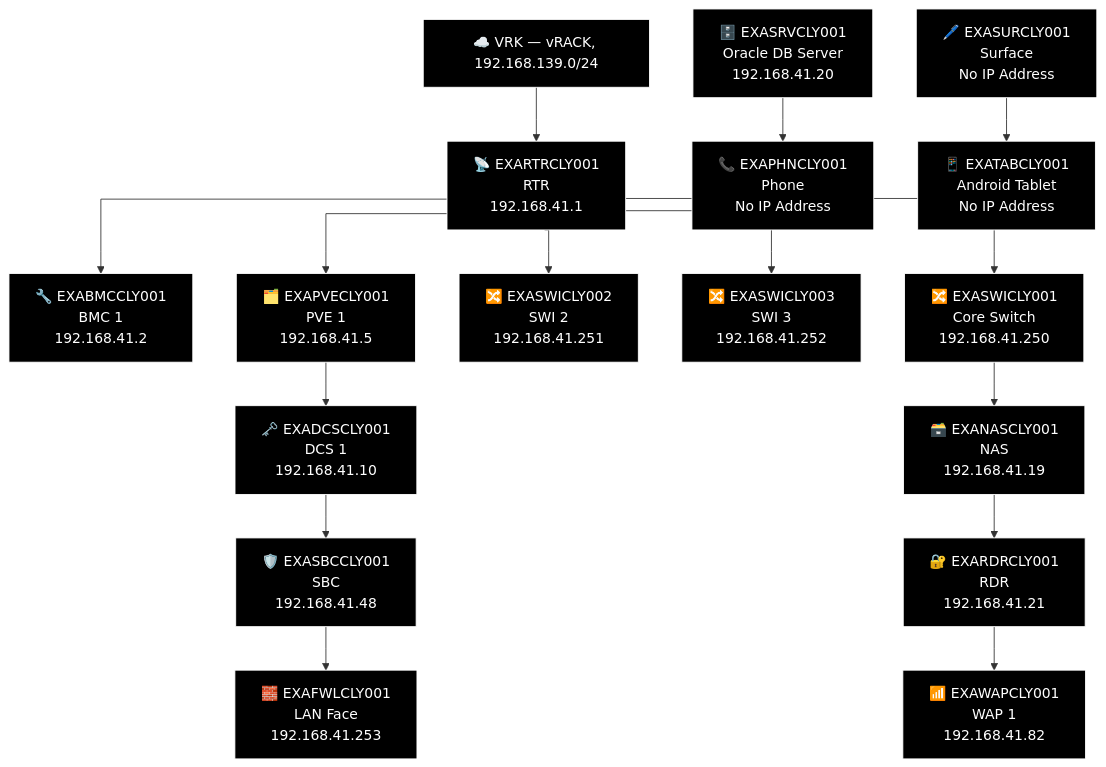
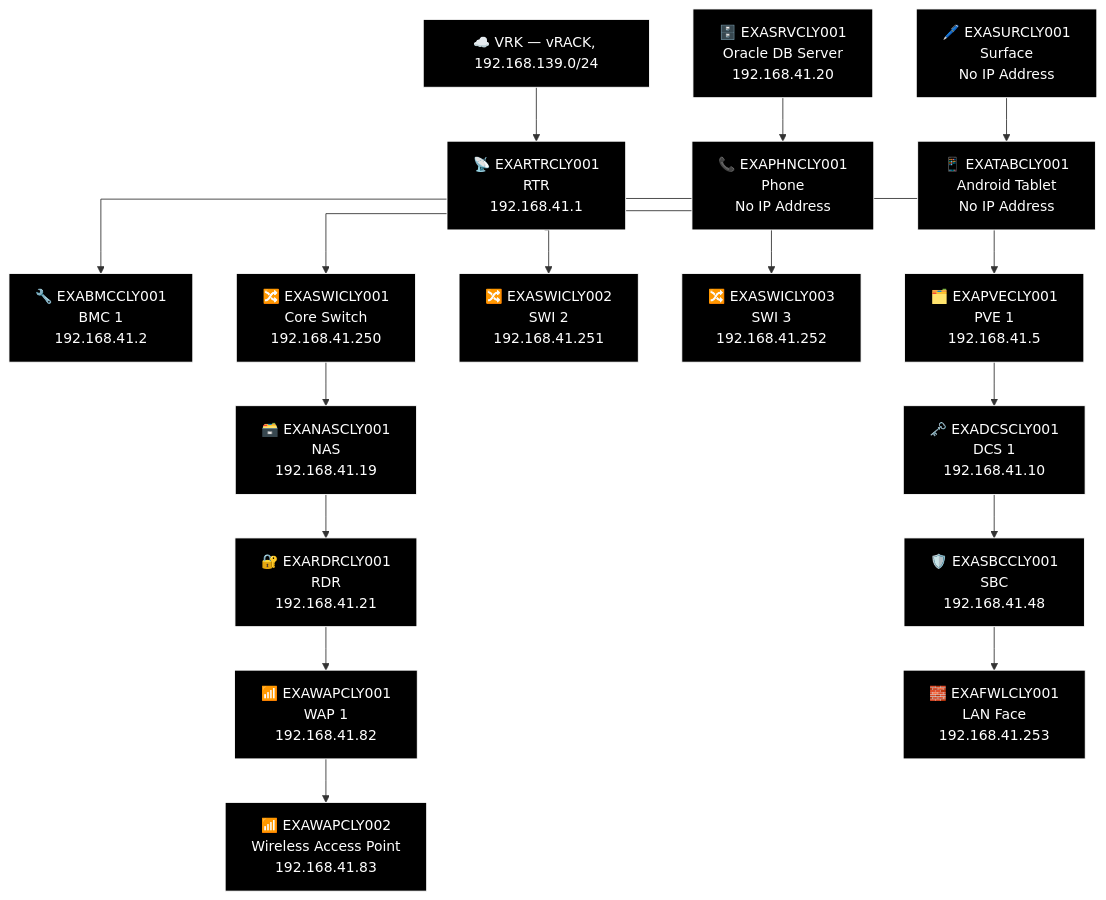
Diagram 12 of 21 in docs/network-diagram/scotland.md (knightmare2600/example_music_infra), drawn with Mermaid before and after one commit. The commit also changed other lines of this file and 25 other files, not shown here.

````diff
--- a/docs/network-diagram/scotland.md
+++ b/docs/network-diagram/scotland.md
@@ -728,50 +740,52 @@
 ```mermaid
 %% GENERATED:TOPOLOGY:CLY:START
 %%{init: {'flowchart': {'curve': 'stepAfter'}}}%%
 graph TD
     T_VRK["☁️ VRK — vRACK, 192.168.139.0/24"]
     T_RTR["📡 EXARTRCLY001<br/>RTR<br/>192.168.41.1"]
     T_VRK --> T_RTR
     T_BMC["🔧 EXABMCCLY001<br/>BMC 1<br/>192.168.41.2"]
     T_RTR --> T_BMC
     T_PVE["🗂️ EXAPVECLY001<br/>PVE 1<br/>192.168.41.5"]
     T_RTR --> T_PVE
     T_SWI["🔀 EXASWICLY002<br/>SWI 2<br/>192.168.41.251"]
     T_RTR --> T_SWI
     T_SWI2["🔀 EXASWICLY003<br/>SWI 3<br/>192.168.41.252"]
     T_RTR --> T_SWI2
     T_SWI3["🔀 EXASWICLY001<br/>Core Switch<br/>192.168.41.250"]
     T_RTR --> T_SWI3
     T_NAS["🗃️ EXANASCLY001<br/>NAS<br/>192.168.41.19"]
     T_RDR["🔐 EXARDRCLY001<br/>RDR<br/>192.168.41.21"]
     T_WAP["📶 EXAWAPCLY001<br/>WAP 1<br/>192.168.41.82"]
-    T_SWI3 --> T_NAS --> T_RDR --> T_WAP
+    T_WAP2["📶 EXAWAPCLY002<br/>Wireless Access Point<br/>192.168.41.83"]
+    T_SWI3 --> T_NAS --> T_RDR --> T_WAP --> T_WAP2
     T_DCS["🗝️ EXADCSCLY001<br/>DCS 1<br/>192.168.41.10"]
     T_SBC["🛡️ EXASBCCLY001<br/>SBC<br/>192.168.41.48"]
     T_FWL["🧱 EXAFWLCLY001<br/>LAN Face<br/>192.168.41.253"]
     T_PVE --> T_DCS --> T_SBC --> T_FWL
     T_SRV["🗄️ EXASRVCLY001<br/>Oracle DB Server<br/>192.168.41.20"]
     T_SUR["🖊️ EXASURCLY001<br/>Surface<br/>No IP Address"]
     T_PHN["📞 EXAPHNCLY001<br/>Phone<br/>No IP Address"]
     T_TAB["📱 EXATABCLY001<br/>Android Tablet<br/>No IP Address"]
     T_SRV --> T_PHN
     T_SUR --> T_TAB
     style T_VRK fill:#000000,stroke:#FFFFFF,color:#FFFFFF
     style T_RTR fill:#000000,stroke:#FFFFFF,color:#FFFFFF
     style T_BMC fill:#000000,stroke:#FFFFFF,color:#FFFFFF
     style T_PVE fill:#000000,stroke:#FFFFFF,color:#FFFFFF
     style T_SWI fill:#000000,stroke:#FFFFFF,color:#FFFFFF
     style T_SWI2 fill:#000000,stroke:#FFFFFF,color:#FFFFFF
     style T_SWI3 fill:#000000,stroke:#FFFFFF,color:#FFFFFF
     style T_NAS fill:#000000,stroke:#FFFFFF,color:#FFFFFF
     style T_RDR fill:#000000,stroke:#FFFFFF,color:#FFFFFF
     style T_WAP fill:#000000,stroke:#FFFFFF,color:#FFFFFF
+    style T_WAP2 fill:#000000,stroke:#FFFFFF,color:#FFFFFF
     style T_DCS fill:#000000,stroke:#FFFFFF,color:#FFFFFF
     style T_SBC fill:#000000,stroke:#FFFFFF,color:#FFFFFF
     style T_FWL fill:#000000,stroke:#FFFFFF,color:#FFFFFF
     style T_SRV fill:#000000,stroke:#FFFFFF,color:#FFFFFF
     style T_SUR fill:#000000,stroke:#FFFFFF,color:#FFFFFF
     style T_PHN fill:#000000,stroke:#FFFFFF,color:#FFFFFF
     style T_TAB fill:#000000,stroke:#FFFFFF,color:#FFFFFF
 %% GENERATED:TOPOLOGY:CLY:END
 ```
````
